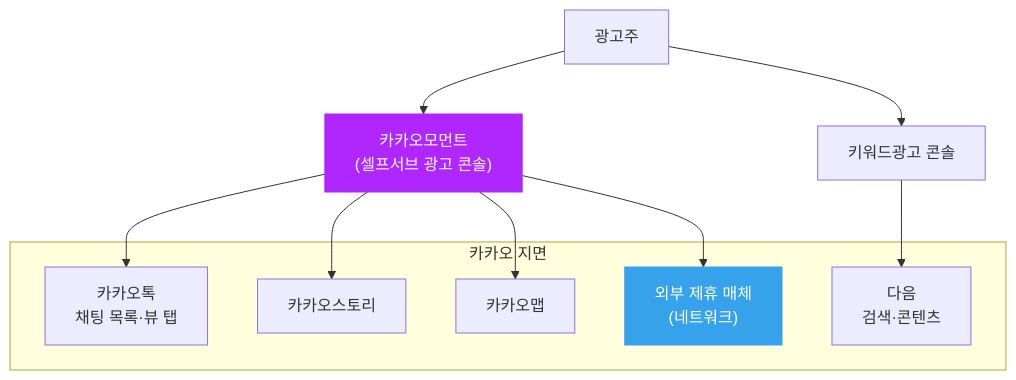
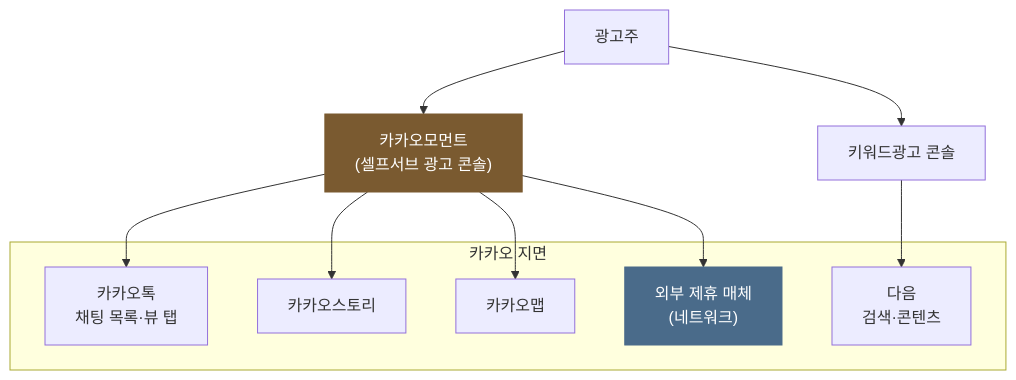
One commit to chkimsu/adtech-blog changed the first of 2 diagrams in posts/kakao-ads-products.md. Above: the diagram before and after it, drawn with Mermaid. The commit also changed other lines of this file and 40 other files, not shown here.

````diff
--- a/posts/kakao-ads-products.md
+++ b/posts/kakao-ads-products.md
@@ -25,22 +25,22 @@
 ```mermaid
 graph TB
     ADV["광고주"] --> MOMENT["카카오모먼트<br/>(셀프서브 광고 콘솔)"]
     ADV --> KW["키워드광고 콘솔"]
 
     subgraph INV["카카오 지면"]
         TALK["카카오톡<br/>채팅 목록·뷰 탭"]
         DAUM["다음<br/>검색·콘텐츠"]
         STORY["카카오스토리"]
         MAP["카카오맵"]
         NET["외부 제휴 매체<br/>(네트워크)"]
     end
 
     MOMENT --> TALK
     MOMENT --> STORY
     MOMENT --> MAP
     MOMENT --> NET
     KW --> DAUM
 
-    style MOMENT fill:#b026ff,stroke:#b026ff,color:#fff
-    style NET fill:#36a2eb,stroke:#36a2eb,color:#fff
+    style MOMENT fill:#7a5a30,stroke:#7a5a30,color:#fff
+    style NET fill:#4a6b8a,stroke:#4a6b8a,color:#fff
 ```
````
